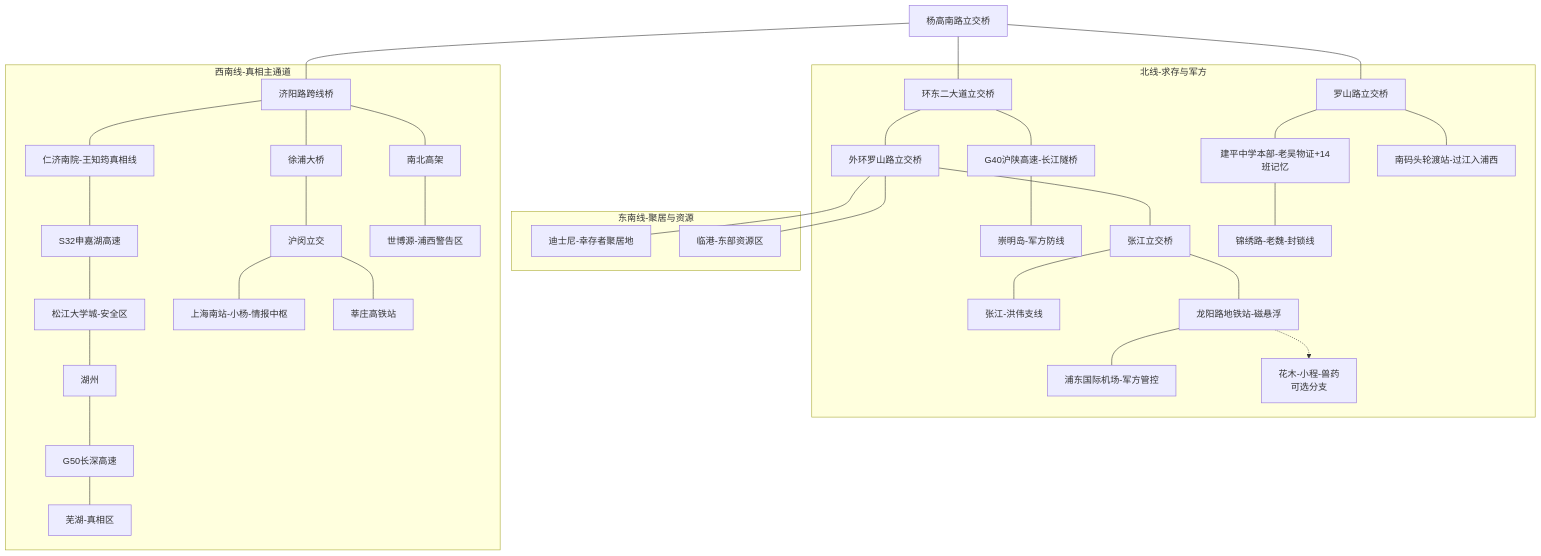
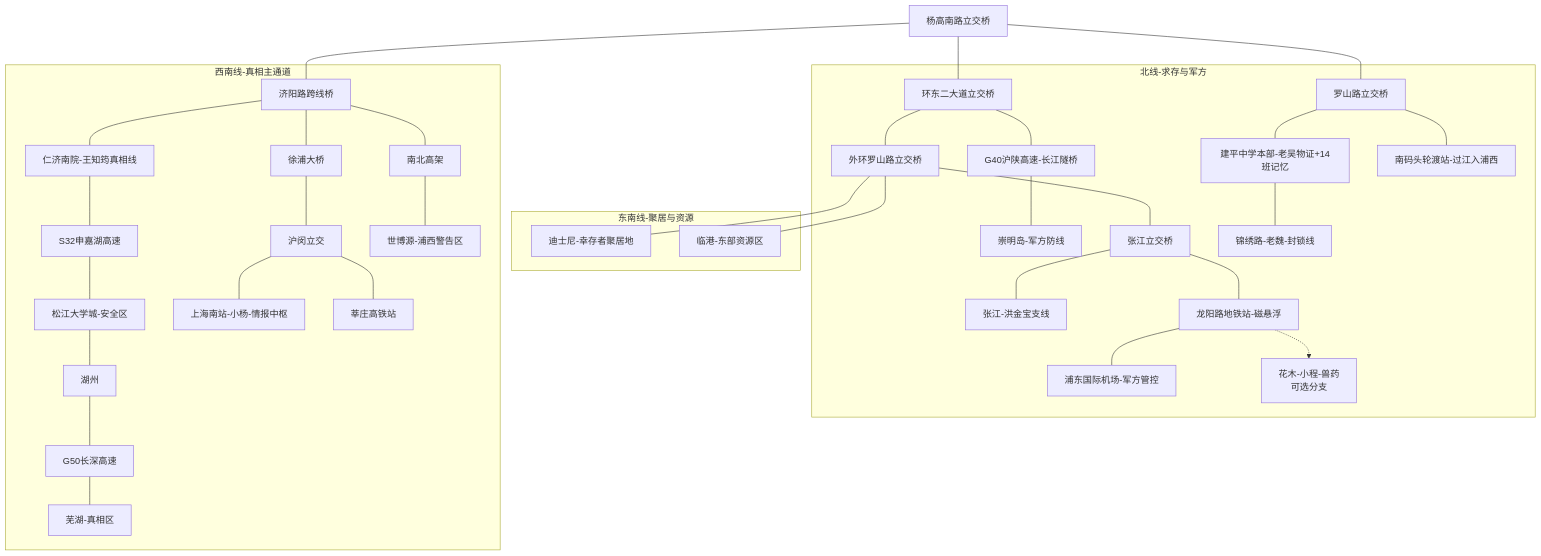
One commit to bobomymz/Plot-Game changed the diagram in 设计细节.md. Above: the diagram before and after it, drawn with Mermaid. The commit also changed other lines of this file and 5 other files, not shown here.

````diff
--- a/设计细节.md
+++ b/设计细节.md
@@ -1300,40 +1300,40 @@
 ```mermaid
 graph TD
     A[杨高南路立交桥] --- B[环东二大道立交桥]
     A --- S[罗山路立交桥]
     A --- L[济阳路跨线桥]
 
     subgraph 北线-求存与军方
         B --- J1[G40沪陕高速-长江隧桥]
         J1 --- J[崇明岛-军方防线]
         B --- V[外环罗山路立交桥]
         V --- W[张江立交桥]
-        W --- Z[张江-洪伟支线]
+        W --- Z[张江-洪金宝支线]
         W --- X[龙阳路地铁站-磁悬浮]
         X --- Y[浦东国际机场-军方管控]
         X -.-> H[花木-小程-兽药<br/>可选分支]
         S --- T[建平中学本部-老吴物证+14班记忆]
         S --- U[南码头轮渡站-过江入浦西]
         T --- P[锦绣路-老魏-封锁线]
     end
 
     subgraph 东南线-聚居与资源
         V --- K[迪士尼-幸存者聚居地]
         V --- C[临港-东部资源区]
     end
 
     subgraph 西南线-真相主通道
         L --- D[仁济南院-王知筠真相线]
         D --- E1[S32申嘉湖高速]
         E1 --- E[松江大学城-安全区]
         E --- G[湖州]
         G --- G1[G50长深高速]
         G1 --- I[芜湖-真相区]
         L --- M1[徐浦大桥]
         M1 --- M[沪闵立交]
         M --- N[上海南站-小杨-情报中枢]
         M --- O[莘庄高铁站]
         L --- R1[南北高架]
         R1 --- R[世博源-浦西警告区]
     end
 ```
````
